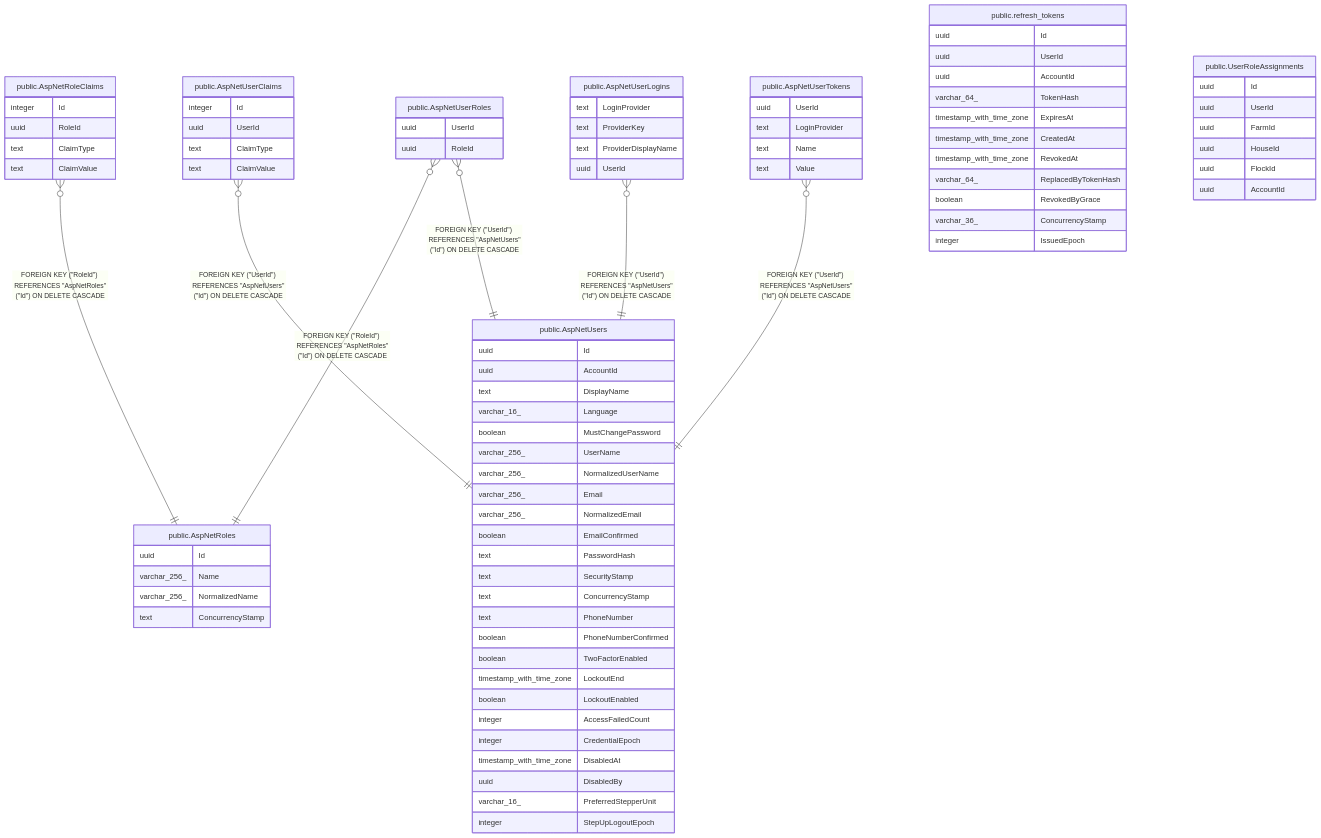
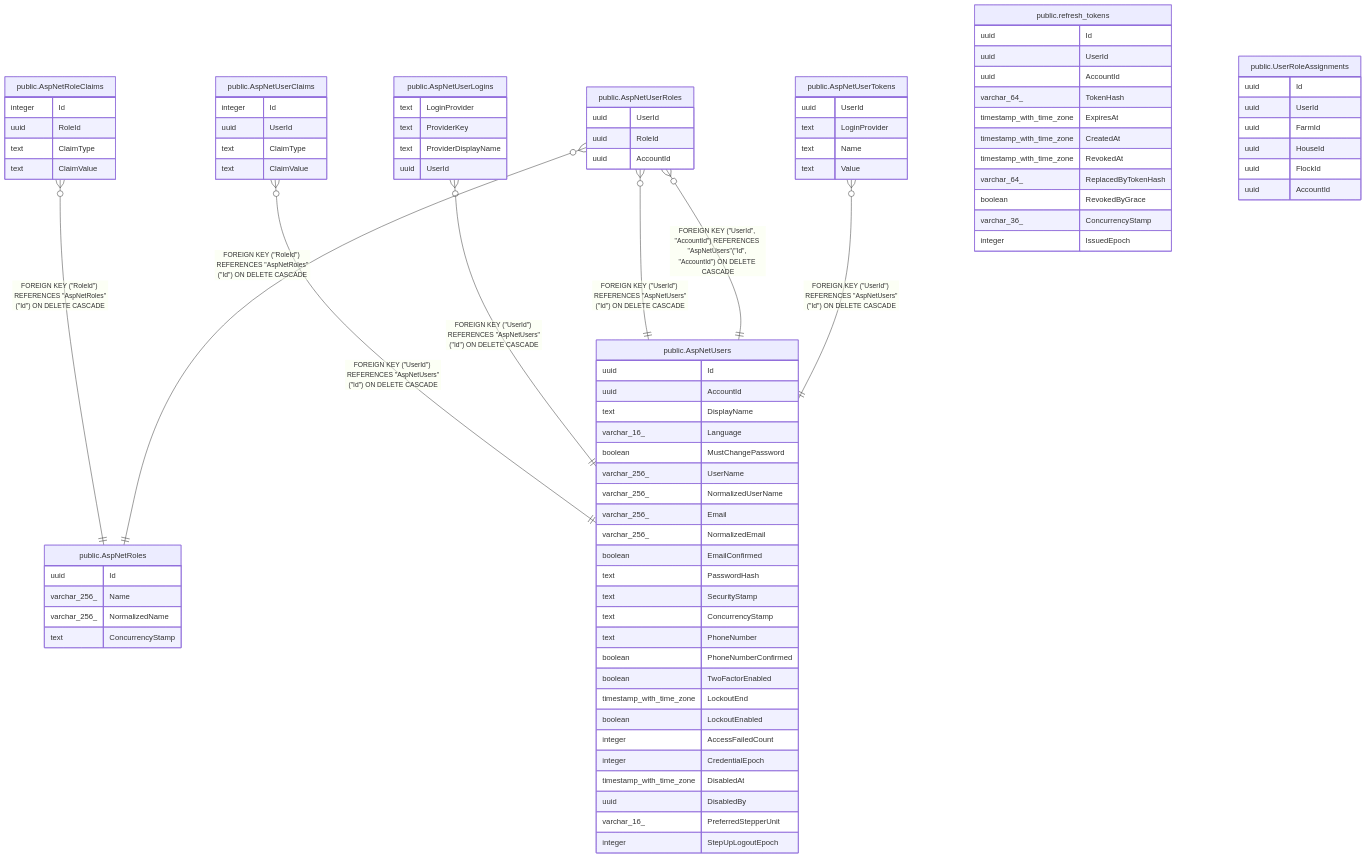
The diagram in docs/schema/viewpoint-3.md (mforce/cluckwork), drawn with Mermaid before and after one commit. The commit also changed other lines of this file and 23 other files, not shown here.

First line of the commit message:
fix(tenancy): AspNetUserRoles carries a tenant column, so a role write naming another farm's user is refused (#670)

```diff
--- a/docs/schema/viewpoint-3.md
+++ b/docs/schema/viewpoint-3.md
@@ -28,6 +28,7 @@
 "public.AspNetUserLogins" }o--|| "public.AspNetUsers" : "FOREIGN KEY (#quot;UserId#quot;) REFERENCES #quot;AspNetUsers#quot;(#quot;Id#quot;) ON DELETE CASCADE"
 "public.AspNetUserRoles" }o--|| "public.AspNetRoles" : "FOREIGN KEY (#quot;RoleId#quot;) REFERENCES #quot;AspNetRoles#quot;(#quot;Id#quot;) ON DELETE CASCADE"
 "public.AspNetUserRoles" }o--|| "public.AspNetUsers" : "FOREIGN KEY (#quot;UserId#quot;) REFERENCES #quot;AspNetUsers#quot;(#quot;Id#quot;) ON DELETE CASCADE"
+"public.AspNetUserRoles" }o--|| "public.AspNetUsers" : "FOREIGN KEY (#quot;UserId#quot;, #quot;AccountId#quot;) REFERENCES #quot;AspNetUsers#quot;(#quot;Id#quot;, #quot;AccountId#quot;) ON DELETE CASCADE"
 "public.AspNetUserTokens" }o--|| "public.AspNetUsers" : "FOREIGN KEY (#quot;UserId#quot;) REFERENCES #quot;AspNetUsers#quot;(#quot;Id#quot;) ON DELETE CASCADE"
 
 "public.AspNetRoles" {
@@ -104,6 +105,7 @@
 "public.AspNetUserRoles" {
   uuid UserId
   uuid RoleId
+  uuid AccountId
 }
 "public.AspNetUserTokens" {
   uuid UserId
```
